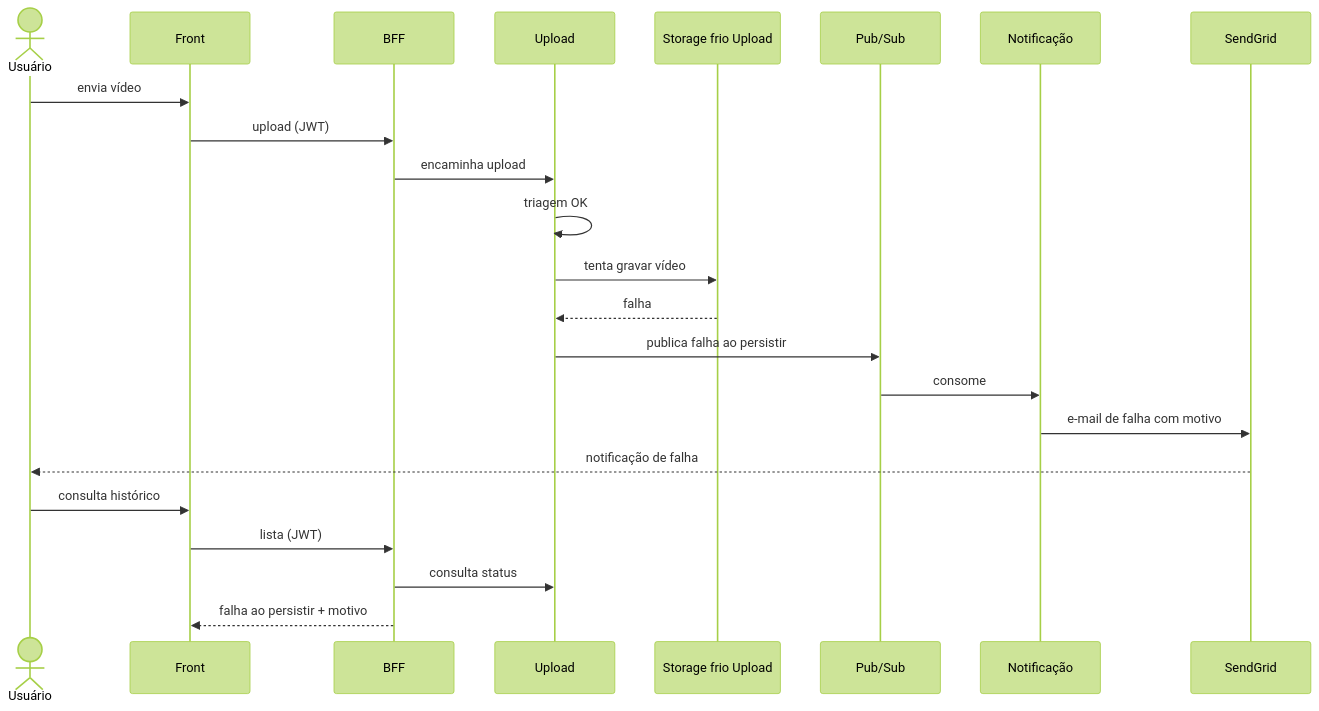
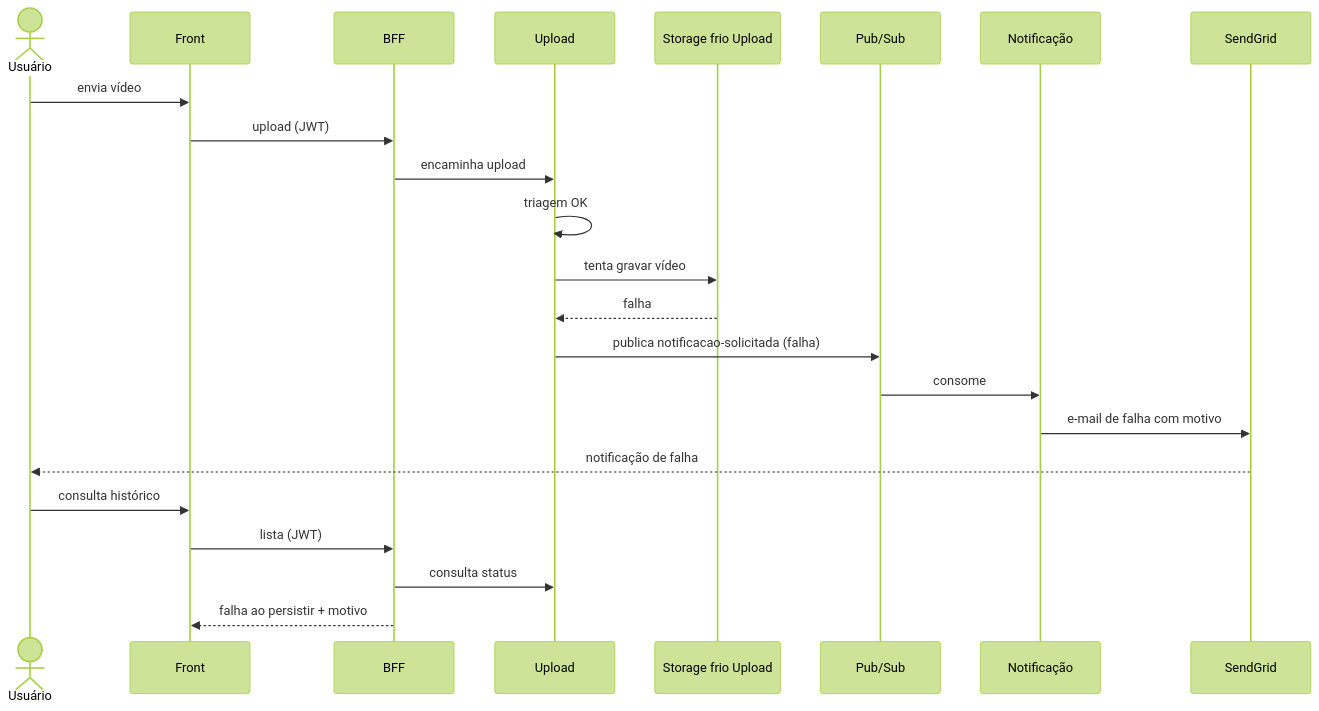
Before and after one commit to fiap-x-vcosta/docs: the diagram in fluxo-e-estados/04_falha-ao-persistir.md, drawn with Mermaid (forest theme). The commit also changed 18 other files, not shown here.

````diff
--- a/fluxo-e-estados/04_falha-ao-persistir.md
+++ b/fluxo-e-estados/04_falha-ao-persistir.md
@@ -1,26 +1,26 @@
 ```mermaid
 sequenceDiagram
   actor U as Usuário
   participant Web as Front
   participant BFF as BFF
   participant Up as Upload
   participant FrioUp as Storage frio Upload
   participant Bus as Pub/Sub
   participant Notif as Notificação
   participant SG as SendGrid
 
   U->>Web: envia vídeo
   Web->>BFF: upload (JWT)
   BFF->>Up: encaminha upload
   Up->>Up: triagem OK
   Up->>FrioUp: tenta gravar vídeo
   FrioUp-->>Up: falha
-  Up->>Bus: publica falha ao persistir
+  Up->>Bus: publica notificacao-solicitada (falha)
   Bus->>Notif: consome
   Notif->>SG: e-mail de falha com motivo
   SG-->>U: notificação de falha
   U->>Web: consulta histórico
   Web->>BFF: lista (JWT)
   BFF->>Up: consulta status
   BFF-->>Web: falha ao persistir + motivo
 ```
````
